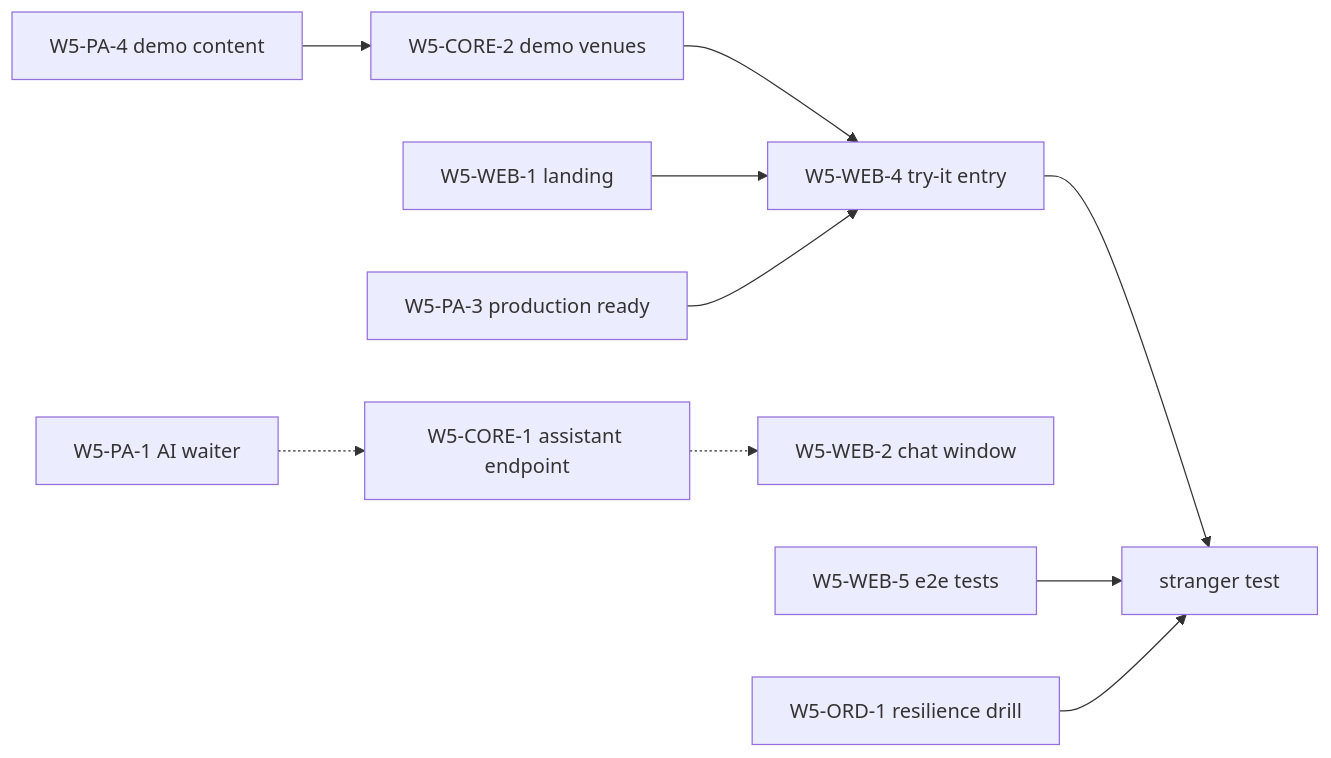
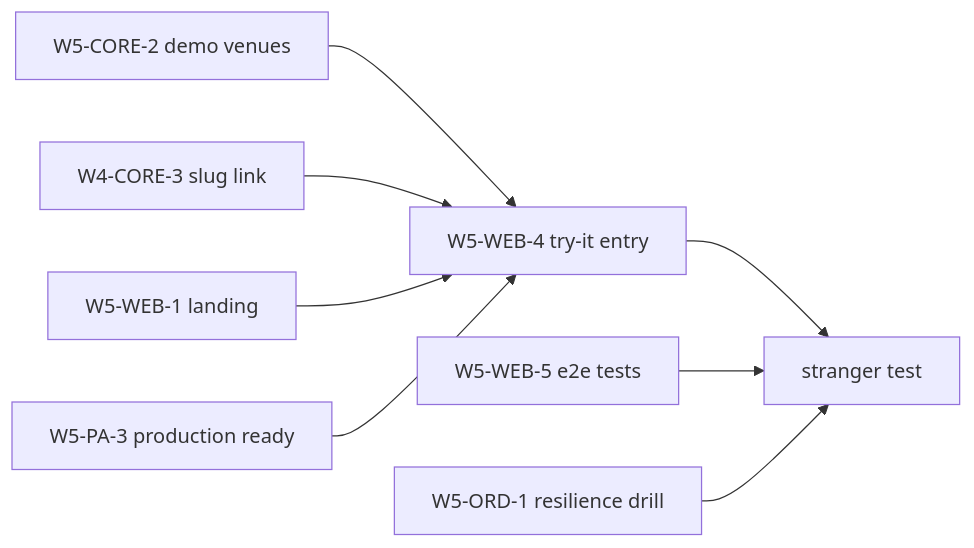
The diagram in docs/handoffs/week-5/README.md (Tecso-Dev/sarmiz), drawn with Mermaid before and after one commit. The commit also changed other lines of this file and 79 other files, not shown here.

````diff
--- a/docs/handoffs/week-5/README.md
+++ b/docs/handoffs/week-5/README.md
@@ -54,12 +64,10 @@
 ```mermaid
 flowchart LR
-  PA4["W5-PA-4 demo content"] --> CORE2["W5-CORE-2 demo venues"]
-  CORE2 --> WEB4["W5-WEB-4 try-it entry"]
+  CORE2["W5-CORE-2 demo venues"] --> WEB4["W5-WEB-4 try-it entry"]
+  CORE3["W4-CORE-3 slug link"] --> WEB4
   WEB1["W5-WEB-1 landing"] --> WEB4
   PA3["W5-PA-3 production ready"] --> WEB4
-  PA1["W5-PA-1 AI waiter"] -.-> CORE1["W5-CORE-1 assistant endpoint"]
-  CORE1 -.-> WEB2["W5-WEB-2 chat window"]
   WEB4 --> CHECK["stranger test"]
   WEB5["W5-WEB-5 e2e tests"] --> CHECK
   ORD1["W5-ORD-1 resilience drill"] --> CHECK
 ```
````
